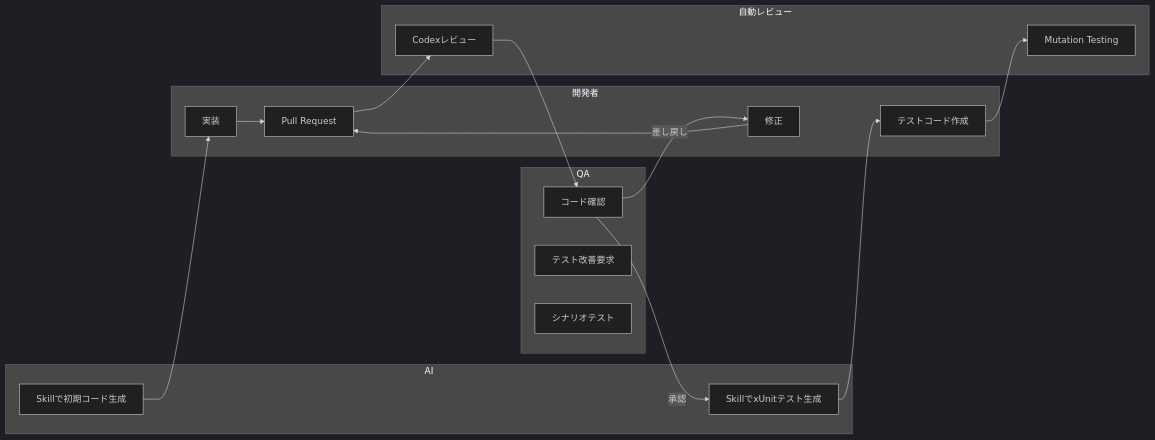
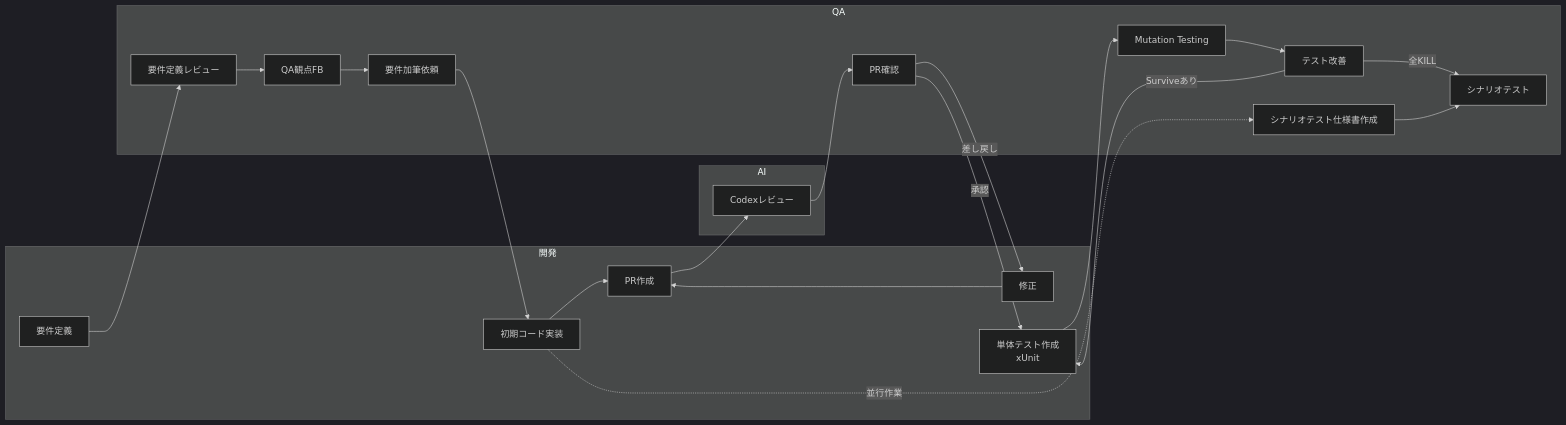
The diagram in README.md (kamoshicka/ShiftLeft), drawn with Mermaid (dark theme) before and after one commit. The commit also changed other lines of this file, not shown here.

````diff
--- a/README.md
+++ b/README.md
@@ -1,38 +1,44 @@
 ```mermaid
 flowchart LR
 
-subgraph AI
-    A1[Skillで初期コード生成]
-    A2[SkillでxUnitテスト生成]
+subgraph 開発
+    D1[要件定義]
+    D2[初期コード実装]
+    D3[PR作成]
+    D4[修正]
+    D5[単体テスト作成<br/>xUnit]
 end
 
-subgraph 開発者
-    D1[実装]
-    D2[Pull Request]
-    D3[修正]
-    D4[テストコード作成]
-end
-
-subgraph 自動レビュー
-    C1[Codexレビュー]
-    C2[Mutation Testing]
+subgraph AI
+    A1[Codexレビュー]
 end
 
 subgraph QA
-    Q1[コード確認]
-    Q2[テスト改善要求]
-    Q3[シナリオテスト]
+    Q1[要件定義レビュー]
+    Q2[QA観点FB]
+    Q3[要件加筆依頼]
+    Q4[PR確認]
+    Q5[Mutation Testing]
+    Q6[テスト改善]
+    Q7[シナリオテスト仕様書作成]
+    Q8[シナリオテスト]
 end
 
-A1 --> D1
-D1 --> D2
-D2 --> C1
-C1 --> Q1
+D1 --> Q1
+Q1 --> Q2
+Q2 --> Q3
+Q3 --> D2
+D2 --> D3
+D3 --> A1
+A1 --> Q4
+Q4 -->|差し戻し| D4
+D4 --> D3
+Q4 -->|承認| D5
+D5 --> Q5
+Q5 --> Q6
+Q6 -->|Surviveあり| D5
+Q6 -->|全KILL| Q8
 
-Q1 -->|差し戻し| D3
-D3 --> D2
-
-Q1 -->|承認| A2
-A2 --> D4
-D4 --> C2
+D2 -.並行作業.-> Q7
+Q7 --> Q8
 ```
````
